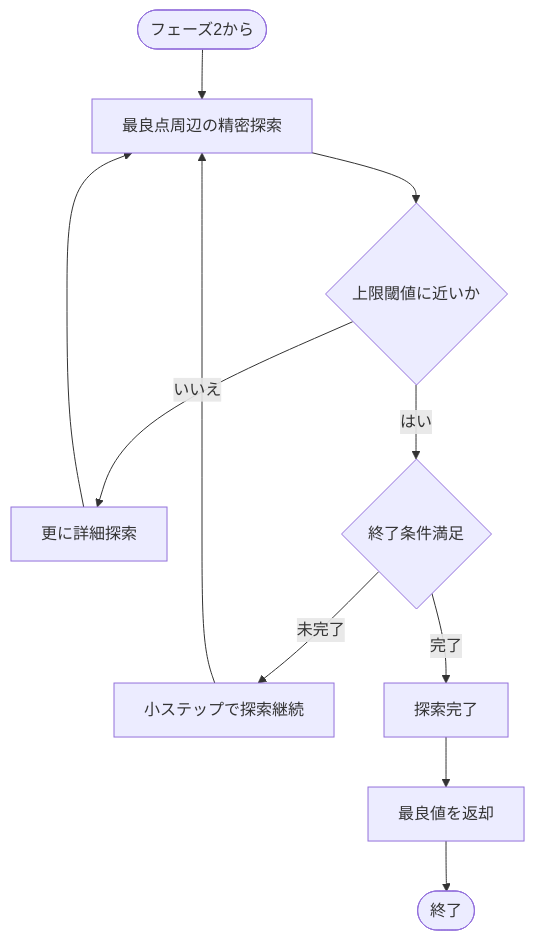
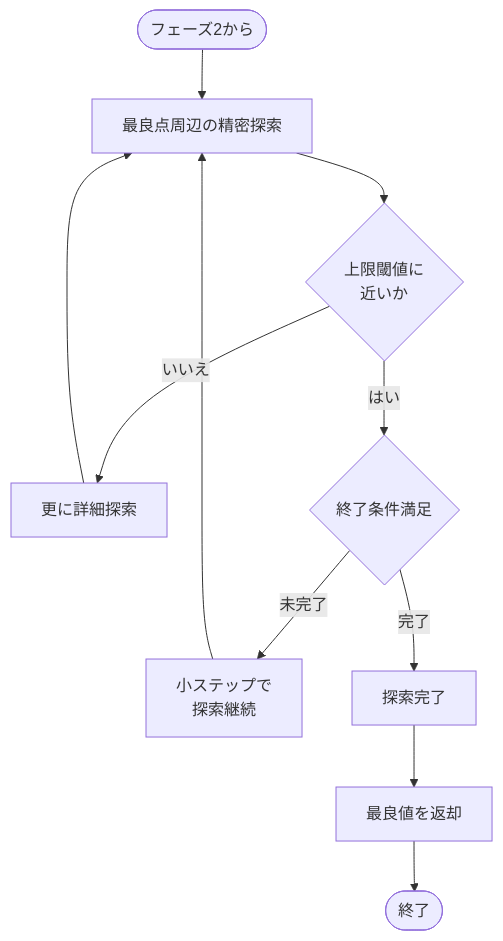
Before and after one commit to fathens/zaciraci: the third of 5 diagrams in diagram/optimization_algorithm.md, drawn with Mermaid. The commit also changed other lines of this file, not shown here.

First line of the commit message:
fix(diagram): replace \n with <br/> for proper line breaks

````diff
--- a/diagram/optimization_algorithm.md
+++ b/diagram/optimization_algorithm.md
@@ -64,15 +64,15 @@
 ```mermaid
 graph TD
     A(["フェーズ2から"]) --> B["最良点周辺の精密探索"]
-    B --> C{"上限閾値に近いか"}
+    B --> C{"上限閾値に<br/>近いか"}
     C -->|"いいえ"| D["更に詳細探索"]
     D --> B
     
     C -->|"はい"| E{"終了条件満足"}
-    E -->|"未完了"| F["小ステップで探索継続"]
+    E -->|"未完了"| F["小ステップで<br/>探索継続"]
     F --> B
     E -->|"完了"| G["探索完了"]
     
     G --> H["最良値を返却"]
     H --> I(["終了"])
 ```
````
